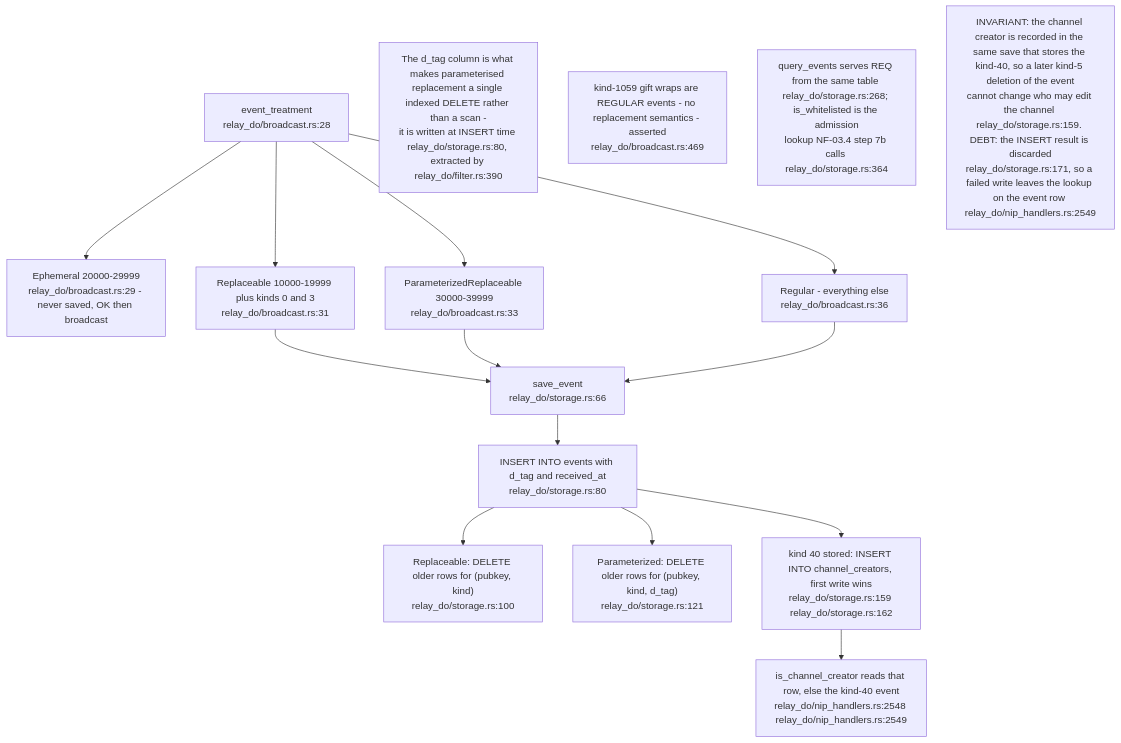
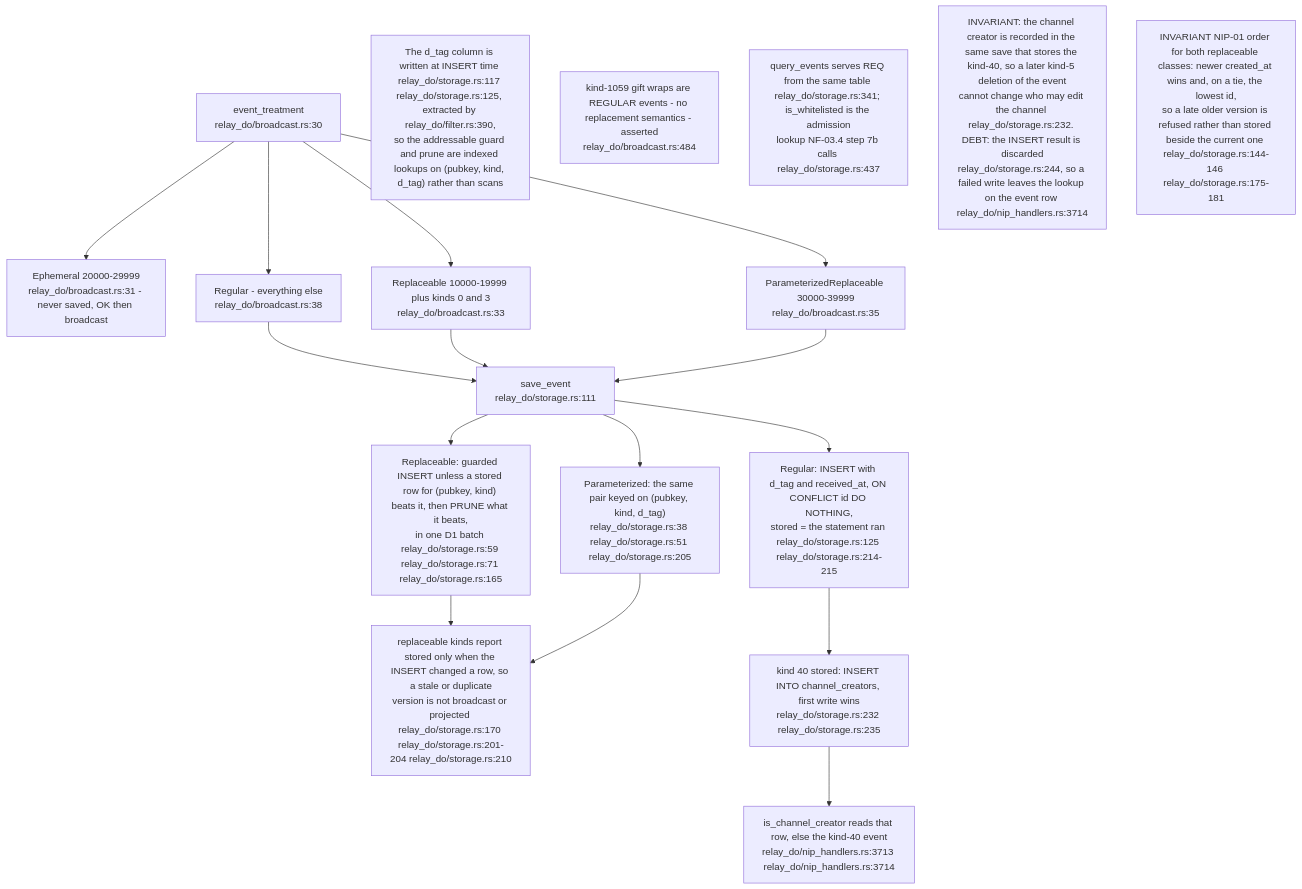
The third of 18 diagrams in docs/diagrams/nostr-rust-forum/11-relay-durable-object-internals.md (DreamLab-AI/VisionFlow), drawn with Mermaid before and after one commit. The commit also changed other lines of this file, not shown here.

First line of the commit message:
docs(diagrams): re-verify NF-11 against nostr-rust-forum af4f0d5

````diff
--- a/docs/diagrams/nostr-rust-forum/11-relay-durable-object-internals.md
+++ b/docs/diagrams/nostr-rust-forum/11-relay-durable-object-internals.md
@@ -113,26 +120,29 @@
 ```mermaid
 flowchart TB
-    T["event_treatment<br/>relay_do/broadcast.rs:28"]
-    EPH["Ephemeral 20000-29999<br/>relay_do/broadcast.rs:29 - never saved, OK then broadcast"]
-    REP["Replaceable 10000-19999 plus kinds 0 and 3<br/>relay_do/broadcast.rs:31"]
-    PAR["ParameterizedReplaceable 30000-39999<br/>relay_do/broadcast.rs:33"]
-    REG["Regular - everything else<br/>relay_do/broadcast.rs:36"]
-    SAVE["save_event<br/>relay_do/storage.rs:66"]
-    INS["INSERT INTO events with d_tag and received_at<br/>relay_do/storage.rs:80"]
-    D1D["Replaceable: DELETE older rows for (pubkey, kind)<br/>relay_do/storage.rs:100"]
-    D2D["Parameterized: DELETE older rows for (pubkey, kind, d_tag)<br/>relay_do/storage.rs:121"]
-    CRE["kind 40 stored: INSERT INTO channel_creators, first write wins<br/>relay_do/storage.rs:159 relay_do/storage.rs:162"]
-    ISCC["is_channel_creator reads that row, else the kind-40 event<br/>relay_do/nip_handlers.rs:2548 relay_do/nip_handlers.rs:2549"]
+    T["event_treatment<br/>relay_do/broadcast.rs:30"]
+    EPH["Ephemeral 20000-29999<br/>relay_do/broadcast.rs:31 - never saved, OK then broadcast"]
+    REP["Replaceable 10000-19999 plus kinds 0 and 3<br/>relay_do/broadcast.rs:33"]
+    PAR["ParameterizedReplaceable 30000-39999<br/>relay_do/broadcast.rs:35"]
+    REG["Regular - everything else<br/>relay_do/broadcast.rs:38"]
+    SAVE["save_event<br/>relay_do/storage.rs:111"]
+    INS["Regular: INSERT with d_tag and received_at, ON CONFLICT id DO NOTHING,<br/>stored = the statement ran relay_do/storage.rs:125 relay_do/storage.rs:214-215"]
+    D1D["Replaceable: guarded INSERT unless a stored row for (pubkey, kind) beats it, then PRUNE what it beats,<br/>in one D1 batch relay_do/storage.rs:59 relay_do/storage.rs:71 relay_do/storage.rs:165"]
+    D2D["Parameterized: the same pair keyed on (pubkey, kind, d_tag)<br/>relay_do/storage.rs:38 relay_do/storage.rs:51 relay_do/storage.rs:205"]
+    KEPT["replaceable kinds report stored only when the INSERT changed a row, so a stale or duplicate<br/>version is not broadcast or projected relay_do/storage.rs:170 relay_do/storage.rs:201-204 relay_do/storage.rs:210"]
+    CRE["kind 40 stored: INSERT INTO channel_creators, first write wins<br/>relay_do/storage.rs:232 relay_do/storage.rs:235"]
+    ISCC["is_channel_creator reads that row, else the kind-40 event<br/>relay_do/nip_handlers.rs:3713 relay_do/nip_handlers.rs:3714"]
 
     T --> EPH & REP & PAR & REG
-    REP --> SAVE --> INS --> D1D
+    REG --> SAVE --> INS
+    REP --> SAVE
     PAR --> SAVE
-    INS --> D2D
-    REG --> SAVE
+    SAVE --> D1D & D2D
+    D1D & D2D --> KEPT
     INS --> CRE --> ISCC
 
-    N1["The d_tag column is what makes parameterised replacement a single indexed DELETE rather than a scan -<br/>it is written at INSERT time relay_do/storage.rs:80, extracted by relay_do/filter.rs:390"]
-    N2["kind-1059 gift wraps are REGULAR events - no replacement semantics - asserted<br/>relay_do/broadcast.rs:469"]
-    N3["query_events serves REQ from the same table relay_do/storage.rs:268; is_whitelisted is the admission<br/>lookup NF-03.4 step 7b calls relay_do/storage.rs:364"]
-    N4["INVARIANT: the channel creator is recorded in the same save that stores the kind-40, so a later kind-5 deletion of the event<br/>cannot change who may edit the channel relay_do/storage.rs:159. DEBT: the INSERT result is discarded<br/>relay_do/storage.rs:171, so a failed write leaves the lookup on the event row relay_do/nip_handlers.rs:2549"]
+    N1["The d_tag column is written at INSERT time relay_do/storage.rs:117 relay_do/storage.rs:125, extracted by relay_do/filter.rs:390,<br/>so the addressable guard and prune are indexed lookups on (pubkey, kind, d_tag) rather than scans"]
+    N2["kind-1059 gift wraps are REGULAR events - no replacement semantics - asserted<br/>relay_do/broadcast.rs:484"]
+    N3["query_events serves REQ from the same table relay_do/storage.rs:341; is_whitelisted is the admission<br/>lookup NF-03.4 step 7b calls relay_do/storage.rs:437"]
+    N4["INVARIANT: the channel creator is recorded in the same save that stores the kind-40, so a later kind-5 deletion of the event<br/>cannot change who may edit the channel relay_do/storage.rs:232. DEBT: the INSERT result is discarded<br/>relay_do/storage.rs:244, so a failed write leaves the lookup on the event row relay_do/nip_handlers.rs:3714"]
+    N5["INVARIANT NIP-01 order for both replaceable classes: newer created_at wins and, on a tie, the lowest id,<br/>so a late older version is refused rather than stored beside the current one relay_do/storage.rs:144-146 relay_do/storage.rs:175-181"]
 ```
````
